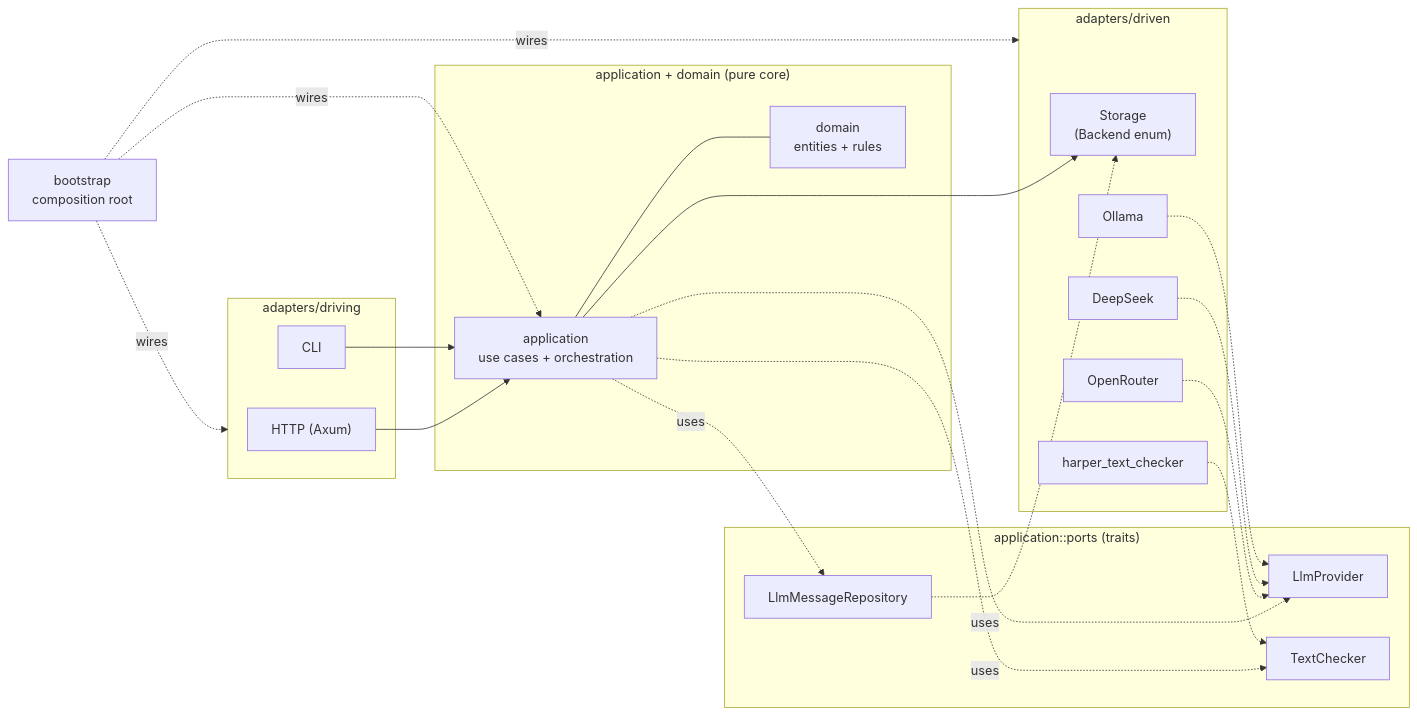
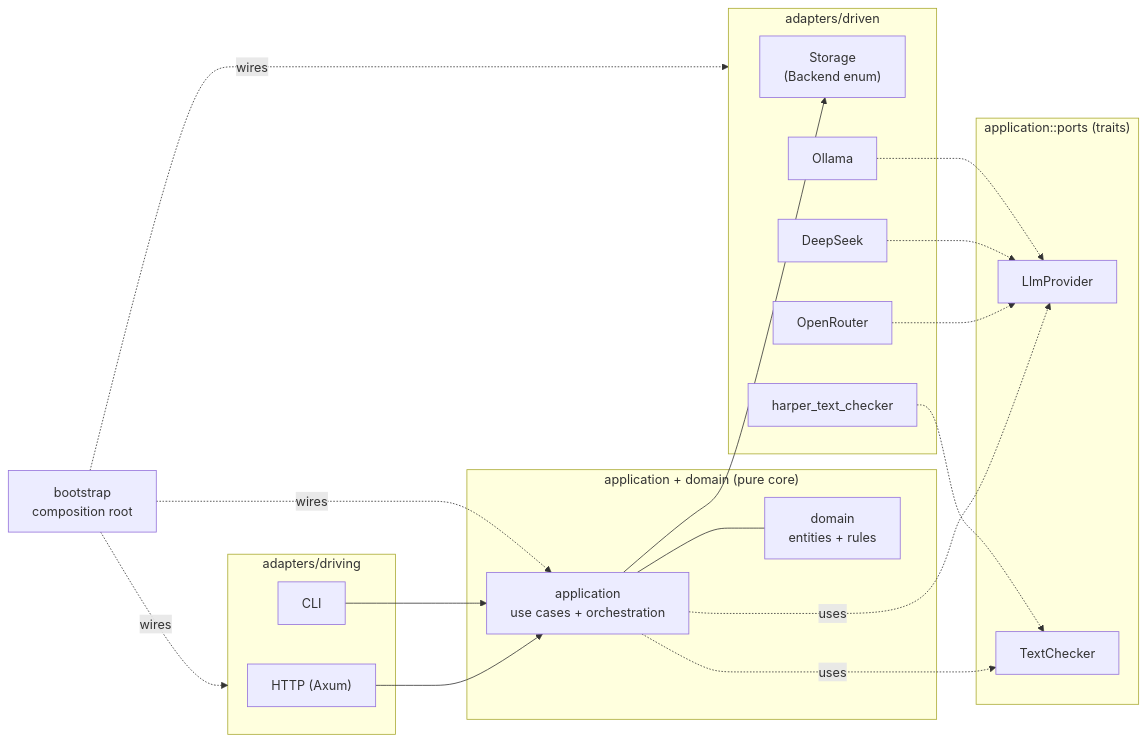
Before and after one commit to notsonormal/chronicler-engine: the diagram in chronicler_engine/docs/diataxis/explanation/architecture.md, drawn with Mermaid. The commit also changed other lines of this file and 45 other files, not shown here.

First line of the commit message:
refactor: Complete hexagonal architecture migration for LLM message domain

````diff
--- a/chronicler_engine/docs/diataxis/explanation/architecture.md
+++ b/chronicler_engine/docs/diataxis/explanation/architecture.md
@@ -20,47 +20,44 @@
 ```mermaid
 flowchart LR
     subgraph driving["adapters/driving"]
         http["HTTP (Axum)"]
         cli["CLI"]
     end
 
     subgraph core["application + domain (pure core)"]
         app["application<br/>use cases + orchestration"]
         domain["domain<br/>entities + rules"]
         app --- domain
     end
 
     subgraph ports["application::ports (traits)"]
         llm["LlmProvider"]
-        msgs["LlmMessageRepository"]
         tc["TextChecker"]
     end
 
     subgraph driven["adapters/driven"]
         storage["Storage<br/>(Backend enum)"]
         openrouter["OpenRouter"]
         deepseek["DeepSeek"]
         ollama["Ollama"]
         harper["harper_text_checker"]
     end
 
     bootstrap["bootstrap<br/>composition root"]
 
     http --> app
     cli --> app
 
     app -. uses .-> llm
-    app -. uses .-> msgs
     app -. uses .-> tc
     app --> storage
 
     openrouter -.-> llm
     deepseek -.-> llm
     ollama -.-> llm
     harper -.-> tc
-    msgs -.-> storage
 
     bootstrap -. wires .-> driving
     bootstrap -. wires .-> driven
     bootstrap -. wires .-> app
 ```
````
